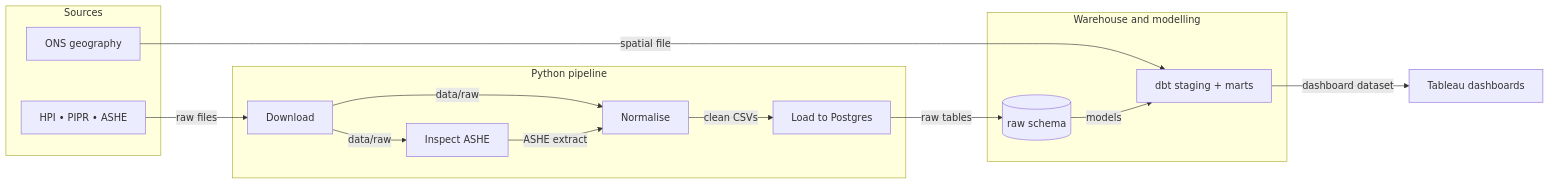
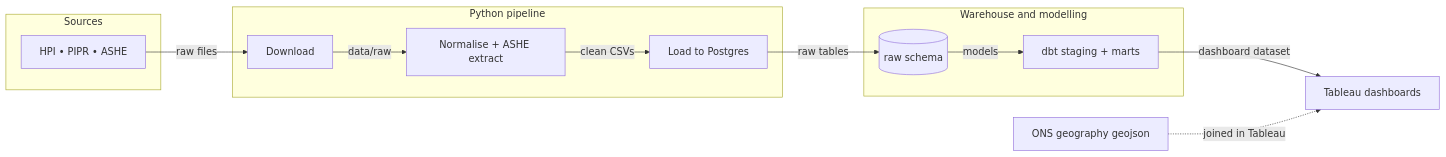
The diagram in README.md (aosman101/london-housing-analytics), drawn with Mermaid before and after one commit. The commit also changed other lines of this file and 20 other files, not shown here.

````diff
--- a/README.md
+++ b/README.md
@@ -38,31 +39,28 @@
 ```mermaid
 flowchart LR
     subgraph A[Sources]
         SRC[HPI • PIPR • ASHE]
-        GEO[ONS geography]
     end
 
     subgraph B[Python pipeline]
         EX[Download]
-        INS[Inspect ASHE]
-        NORM[Normalise]
+        NORM[Normalise + ASHE extract]
         LOAD[Load to Postgres]
     end
 
     subgraph C[Warehouse and modelling]
         RAW[(raw schema)]
         DBT[dbt staging + marts]
     end
 
     TAB[Tableau dashboards]
+    GEO[ONS geography geojson]
 
     SRC -->|raw files| EX
-    EX -->|data/raw| INS
     EX -->|data/raw| NORM
-    INS -->|ASHE extract| NORM
-    GEO -->|spatial file| DBT
     NORM -->|clean CSVs| LOAD
     LOAD -->|raw tables| RAW
     RAW -->|models| DBT
     DBT -->|dashboard dataset| TAB
+    GEO -.->|joined in Tableau| TAB
 ```
````
